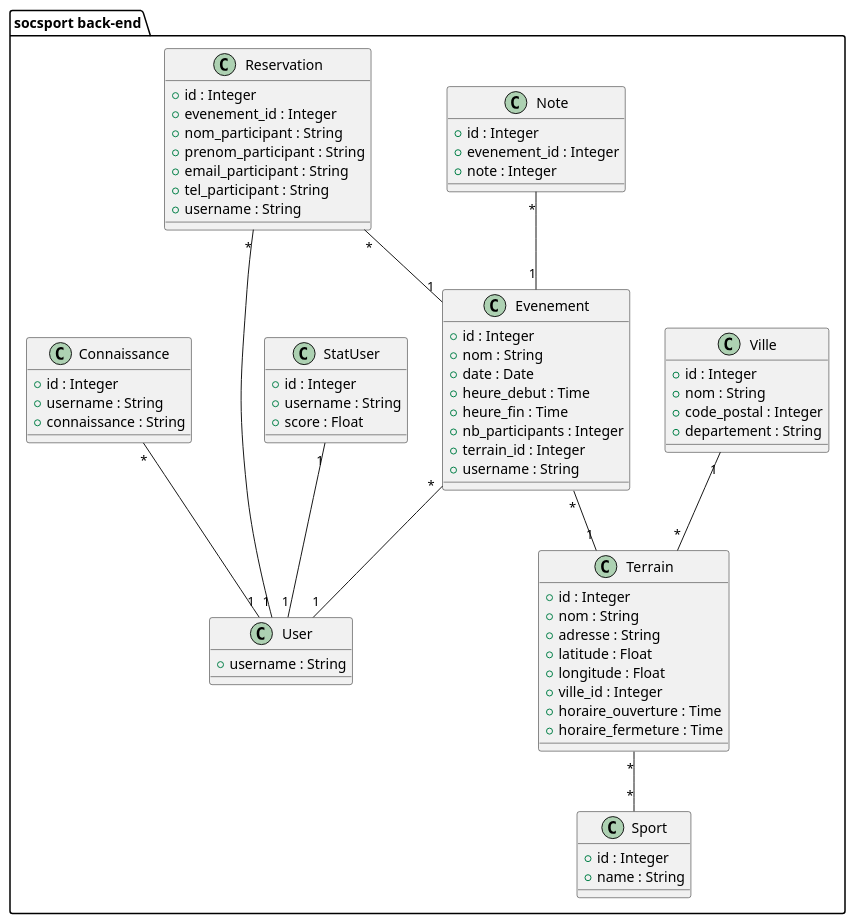
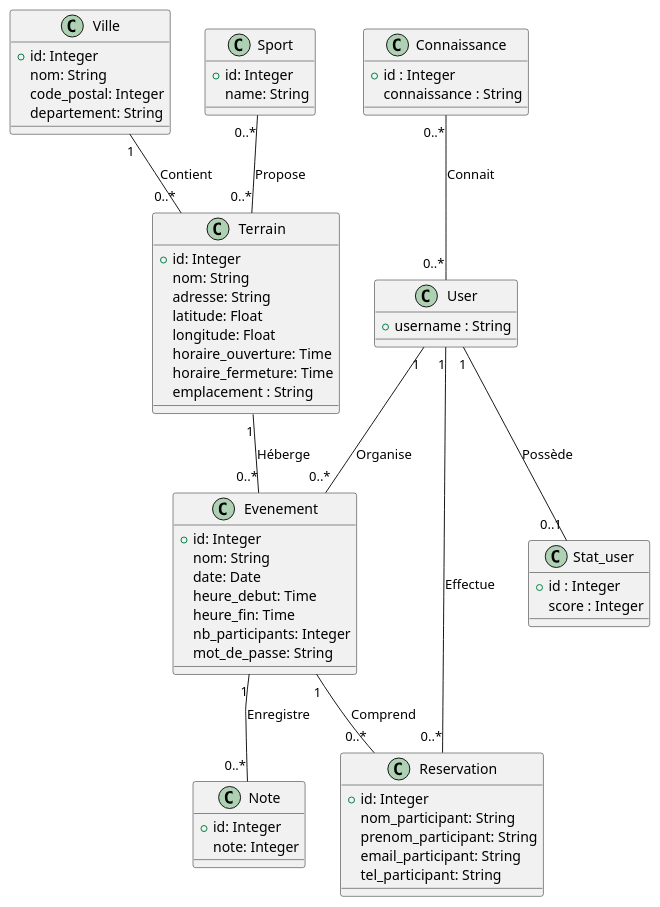
The diagram in src/docs/asciidoc/models/model.puml (mfrj22/socsport), drawn with PlantUML before and after one commit. The commit also changed 3 other files, not shown here.

```diff
--- a/src/docs/asciidoc/models/model.puml
+++ b/src/docs/asciidoc/models/model.puml
@@ -1,81 +1,69 @@
-@startuml
+class Ville {
+  + id: Integer
+  nom: String
+  code_postal: Integer
+  departement: String
+}
 
-package "socsport back-end" {
+class Terrain {
+  + id: Integer
+  nom: String
+  adresse: String
+  latitude: Float
+  longitude: Float
+  horaire_ouverture: Time
+  horaire_fermeture: Time
+  emplacement : String
+}
 
-  class Ville {
-    +id : Integer
-    +nom : String
-    +code_postal : Integer
-    +departement : String
-  }
+class Evenement {
+  + id: Integer
+  nom: String
+  date: Date
+  heure_debut: Time
+  heure_fin: Time
+  nb_participants: Integer
+  mot_de_passe: String
+}
 
-  class Terrain {
-    +id : Integer
-    +nom : String
-    +adresse : String
-    +latitude : Float
-    +longitude : Float
-    +ville_id : Integer
-    +horaire_ouverture : Time
-    +horaire_fermeture : Time
-  }
+class Sport {
+  + id: Integer
+  name: String
+}
 
-  class Sport {
-    +id : Integer
-    +name : String
-  }
+class Reservation {
+  + id: Integer
+  nom_participant: String
+  prenom_participant: String
+  email_participant: String
+  tel_participant: String
+}
 
-  class Reservation {
-    +id : Integer
-    +evenement_id : Integer
-    +nom_participant : String
-    +prenom_participant : String
-    +email_participant : String
-    +tel_participant : String
-    +username : String
-  }
+class Note {
+  + id: Integer
+  note: Integer
+}
 
-  class Note {
-    +id : Integer
-    +evenement_id : Integer
-    +note : Integer
-  }
+class User {
+  + username : String
+}
 
-  class User {
-    +username : String
-  }
+class Connaissance {
+  + id : Integer
+  connaissance : String
+}
 
-  class Evenement {
-    +id : Integer
-    +nom : String
-    +date : Date
-    +heure_debut : Time
-    +heure_fin : Time
-    +nb_participants : Integer
-    +terrain_id : Integer
-    +username : String
-  }
+class Stat_user {
+  +id : Integer
+  score : Integer
+}
 
-  class StatUser {
-    +id : Integer
-    +username : String
-    +score : Float
-  }
-
-  class Connaissance {
-    +id : Integer
-    +username : String
-    +connaissance : String
-  }
-
-  Ville "1" -- "*" Terrain 
-  Terrain "*" -- "*" Sport 
-  Reservation "*" -- "1" Evenement 
-  Reservation "*" -- "1" User 
-  Note "*" -- "1" Evenement 
-  Evenement "*" -- "1" Terrain 
-  Evenement "*" -- "1" User 
-  StatUser "1" -- "1" User 
-  Connaissance "*" -- "1" User 
-}
-@enduml
+Ville "1" -- "0..*" Terrain : Contient
+Terrain "1" -- "0..*" Evenement : Héberge
+Evenement "1" -- "0..*" Reservation : Comprend
+Evenement "1" -- "0..*" Note : Enregistre
+Sport "0..*" -- "0..*" Terrain : Propose
+User "1" -- "0..*" Evenement : Organise
+Connaissance "0..*" -- "0..*" User : Connait
+User "1" -- "0..*" Reservation : Effectue
+User "1" -- "0..1" Stat_user : Possède
```
